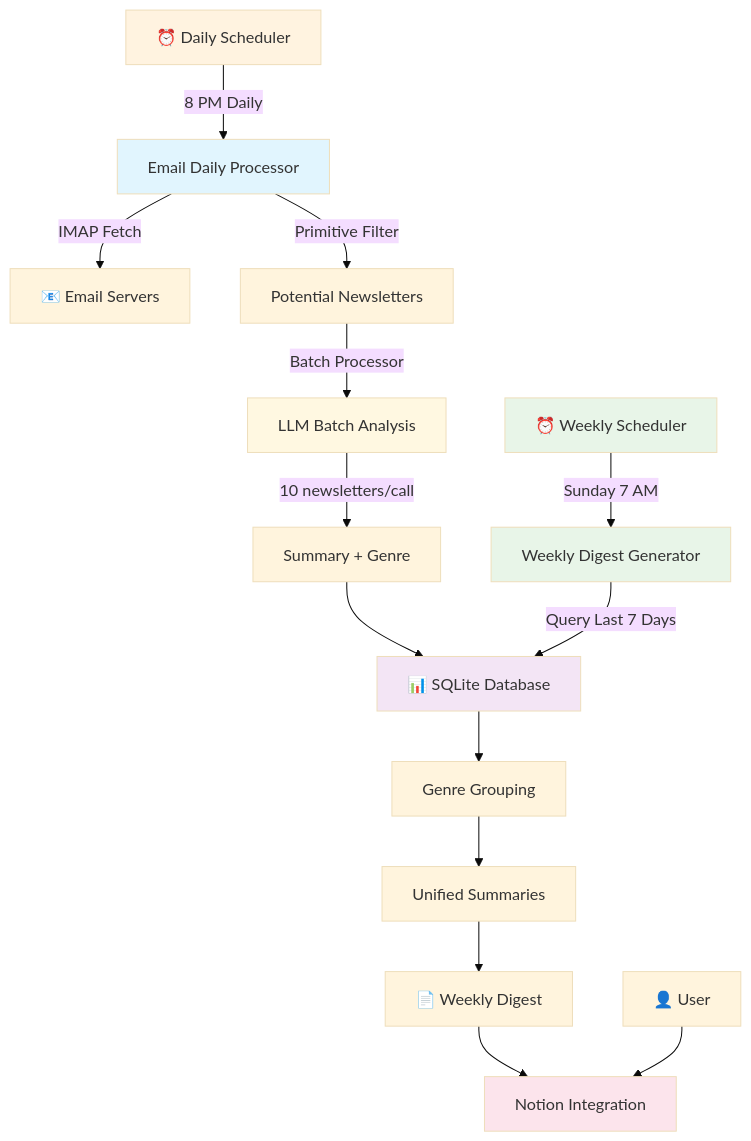
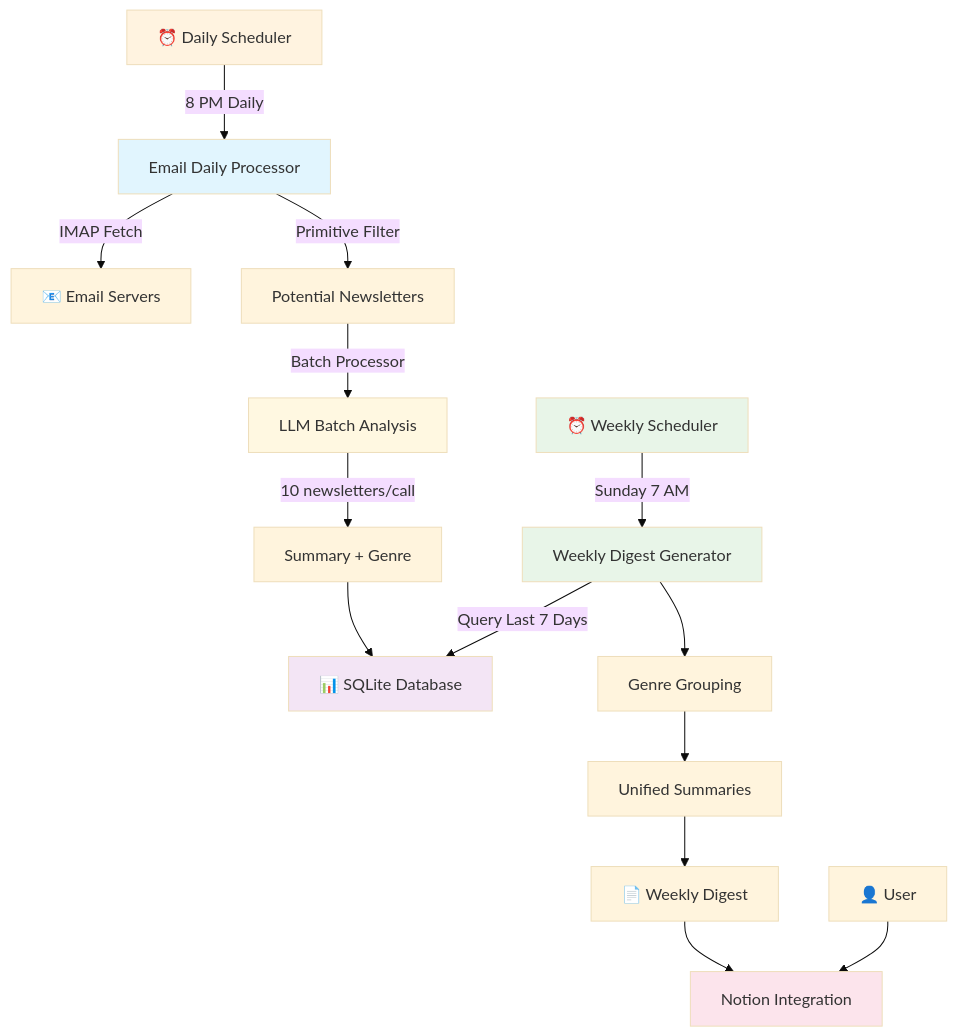
The diagram in MIGRATION_PLAN.md (samz905/newsletter-gpt), drawn with Mermaid (base theme) before and after one commit.

Commit message:
new plan

````diff
--- a/MIGRATION_PLAN.md
+++ b/MIGRATION_PLAN.md
@@ -11,27 +11,27 @@
 ```mermaid
 graph TD
     A[⏰ Daily Scheduler] -->|8 PM Daily| B[Email Daily Processor]
     C[⏰ Weekly Scheduler] -->|Sunday 7 AM| D[Weekly Digest Generator]
     
     B -->|IMAP Fetch| E[📧 Email Servers]
     B -->|Primitive Filter| F[Potential Newsletters]
     F -->|Batch Processor| G[LLM Batch Analysis]
     G -->|10 newsletters/call| H[Summary + Genre]
     H --> I[📊 SQLite Database]
     
     D -->|Query Last 7 Days| I
-    I --> J[Genre Grouping]
+    D --> J[Genre Grouping]
     J --> K[Unified Summaries]
     K --> L[📄 Weekly Digest]
     L --> M[Notion Integration]
     
     N[👤 User] --> M
     
     style A fill:#fff3e0
     style C fill:#e8f5e8
     style B fill:#e1f5fe
     style D fill:#e8f5e8
     style I fill:#f3e5f5
     style G fill:#fff8e1
     style M fill:#fce4ec
 ```
````
